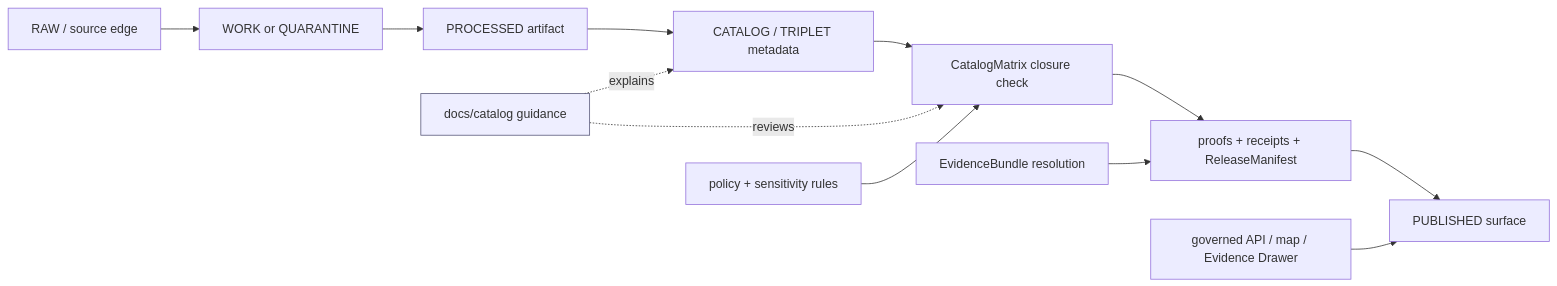
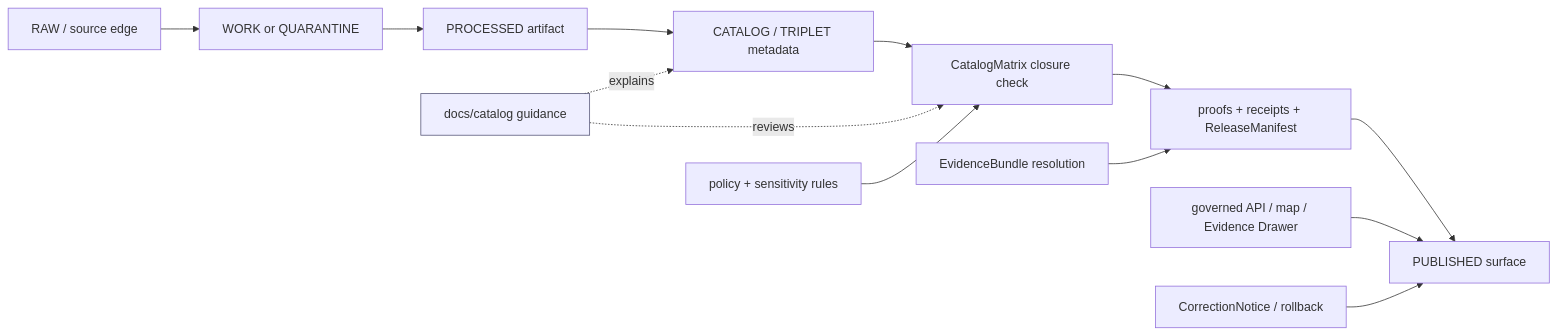
One commit to bartytime4life/Kansas-Frontier-Matrix changed the diagram in docs/catalog/README.md. Above: the diagram before and after it, drawn with Mermaid. The commit also changed other lines of this file, not shown here.

````diff
--- a/docs/catalog/README.md
+++ b/docs/catalog/README.md
@@ -182,18 +203,19 @@
 ```mermaid
 flowchart LR
   raw["RAW / source edge"] --> work["WORK or QUARANTINE"]
   work --> processed["PROCESSED artifact"]
   processed --> catalog["CATALOG / TRIPLET metadata"]
   catalog --> matrix["CatalogMatrix closure check"]
   matrix --> proof["proofs + receipts + ReleaseManifest"]
   proof --> published["PUBLISHED surface"]
 
   docs["docs/catalog guidance"] -. explains .-> catalog
   docs -. reviews .-> matrix
   policy["policy + sensitivity rules"] --> matrix
   evidence["EvidenceBundle resolution"] --> proof
   ui["governed API / map / Evidence Drawer"] --> published
+  correction["CorrectionNotice / rollback"] --> published
 
   classDef doc fill:#eef,stroke:#557,stroke-width:1px;
   class docs doc;
 ```
````
